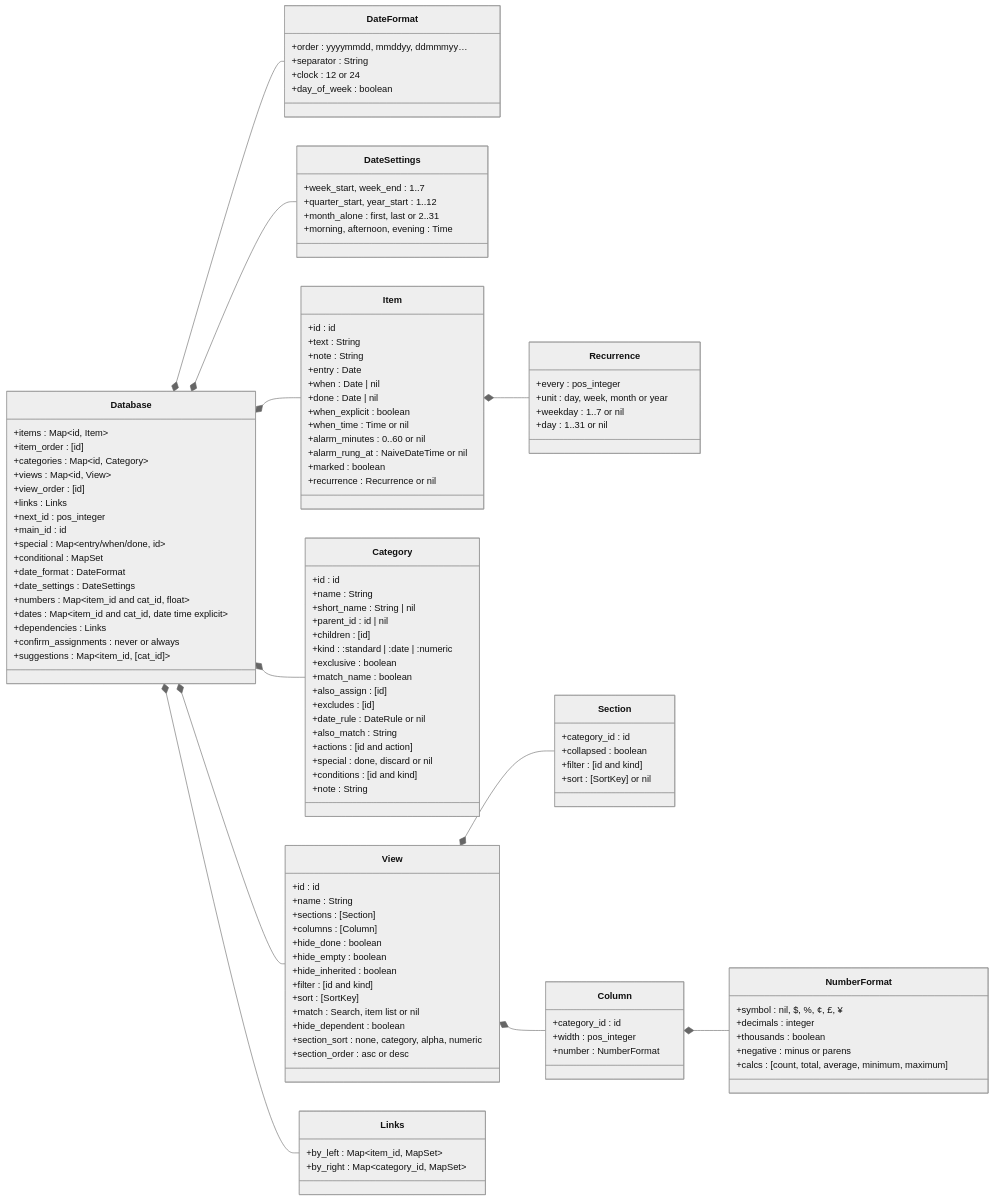
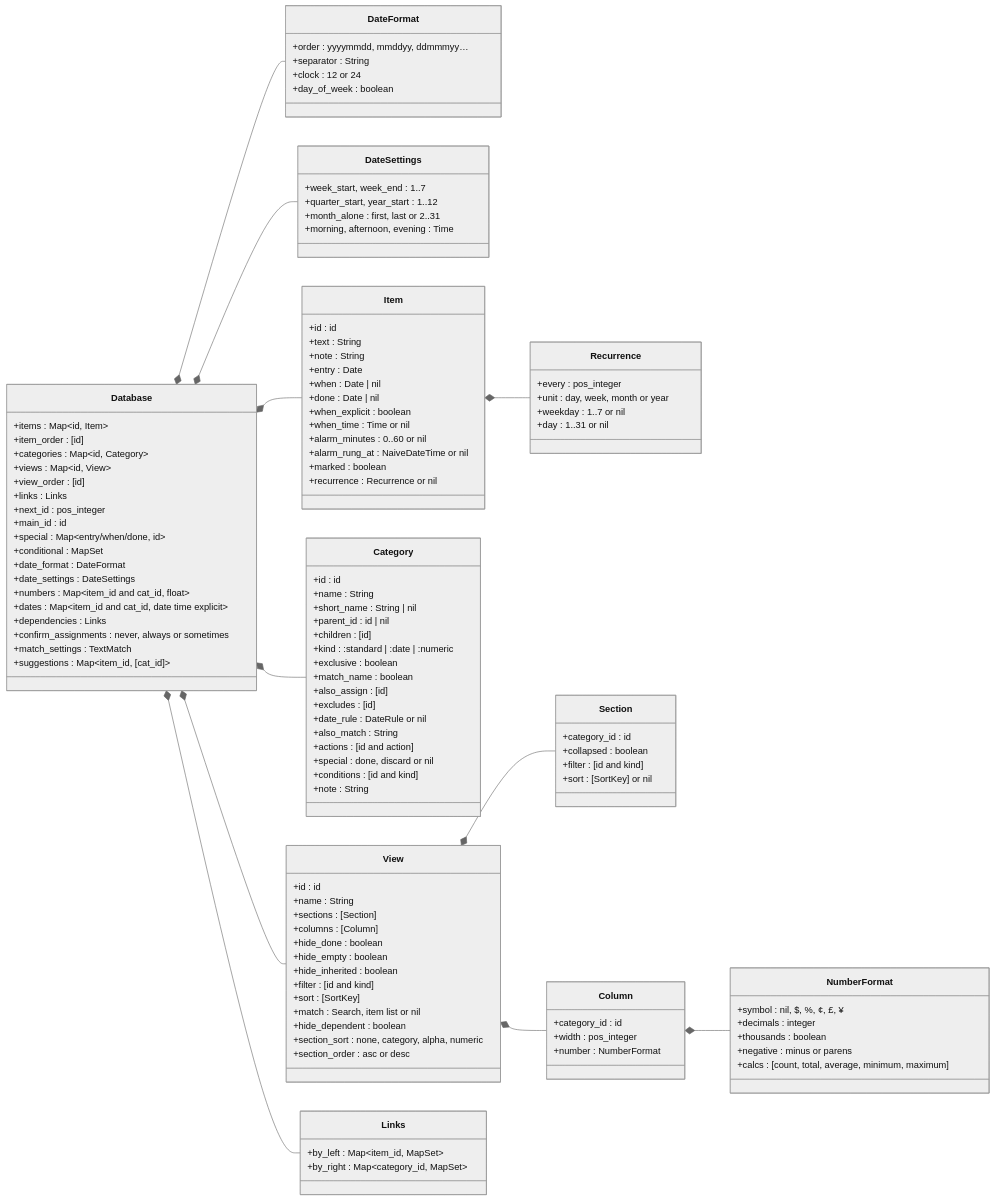
The second of 6 diagrams in docs/DATA_MODEL.md (jamting/agendum), drawn with Mermaid (neutral theme) before and after one commit. The commit also changed other lines of this file and 24 other files, not shown here.

First line of the commit message:
Add Agenda's text matching settings

```diff
--- a/docs/DATA_MODEL.md
+++ b/docs/DATA_MODEL.md
@@ -126,7 +127,8 @@
         +numbers : Map~item_id and cat_id, float~
         +dates : Map~item_id and cat_id, date time explicit~
         +dependencies : Links
-        +confirm_assignments : never or always
+        +confirm_assignments : never, always or sometimes
+        +match_settings : TextMatch
         +suggestions : Map~item_id, [cat_id]~
     }
     class DateFormat {
```
